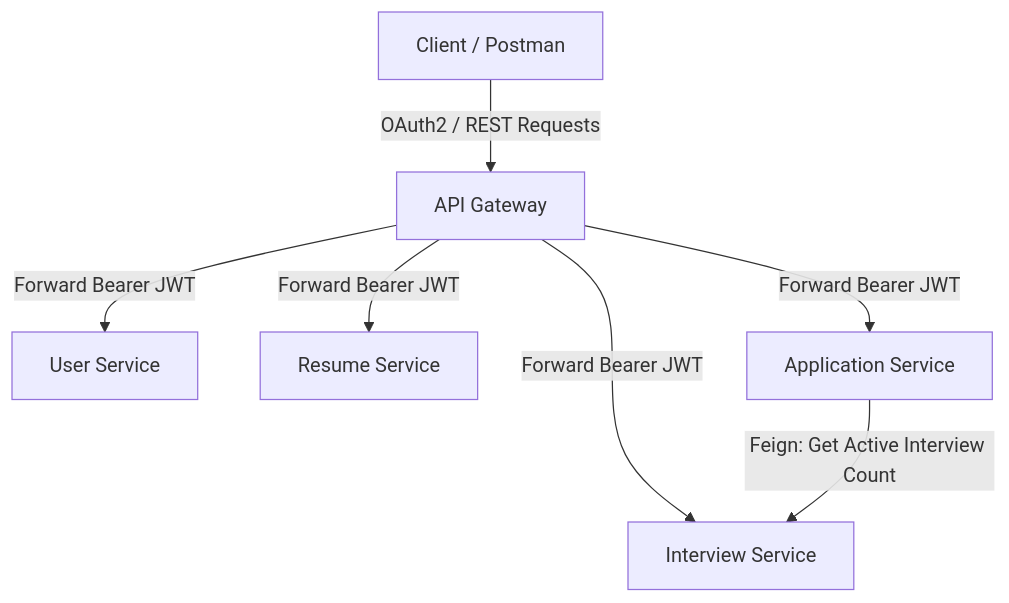
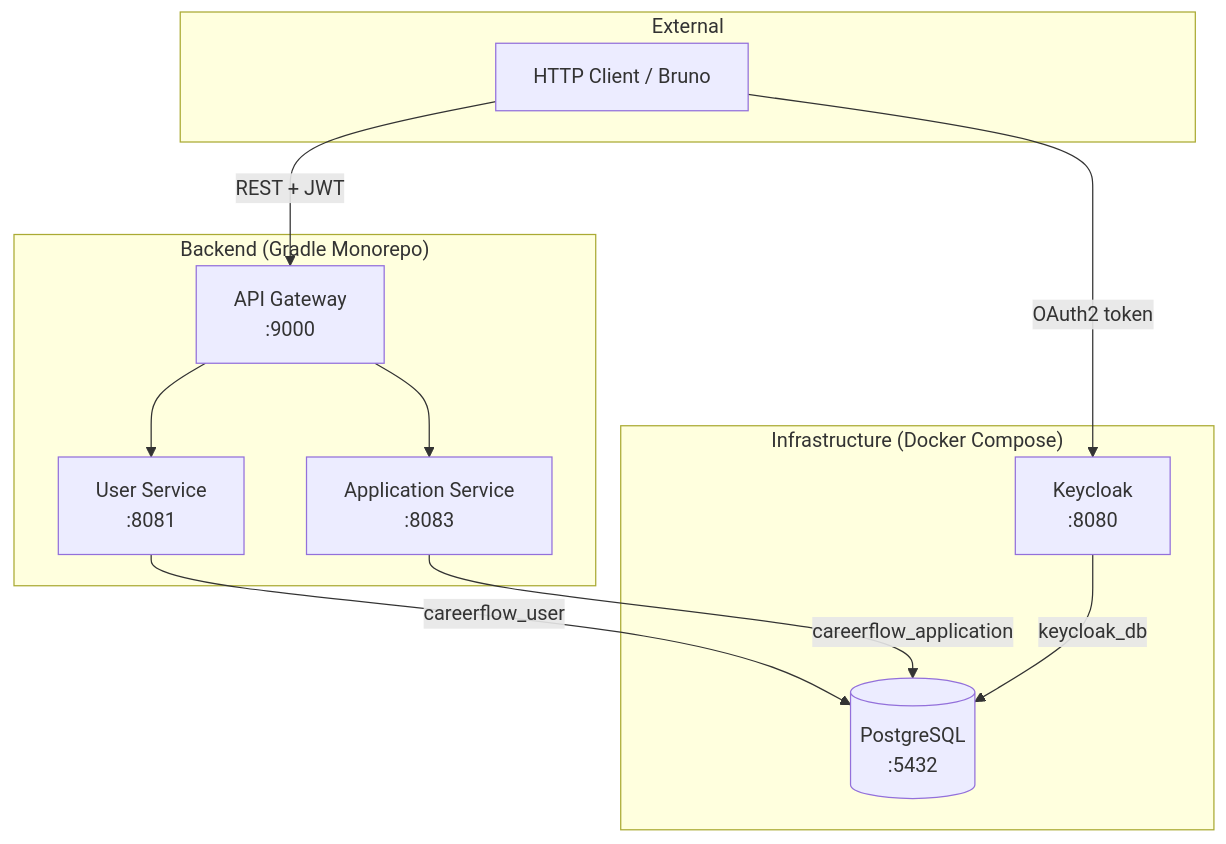
The first of 4 diagrams in docs/architecture.md (strike0702/careerflow), drawn with Mermaid before and after one commit. The commit also changed other lines of this file and 14 other files, not shown here.

````diff
--- a/docs/architecture.md
+++ b/docs/architecture.md
@@ -22,10 +16,25 @@
 ```mermaid
-graph TD
-    Client[Client / Postman] -->|OAuth2 / REST Requests| Gateway[API Gateway]
-    Gateway -->|Forward Bearer JWT| UserService[User Service]
-    Gateway -->|Forward Bearer JWT| ResumeService[Resume Service]
-    Gateway -->|Forward Bearer JWT| ApplicationService[Application Service]
-    Gateway -->|Forward Bearer JWT| InterviewService[Interview Service]
+graph TB
+    subgraph External
+        Client[HTTP Client / Bruno]
+    end
 
-    ApplicationService -->|Feign: Get Active Interview Count| InterviewService
+    subgraph Infrastructure["Infrastructure (Docker Compose)"]
+        KC[Keycloak<br/>:8080]
+        PG[(PostgreSQL<br/>:5432)]
+    end
+
+    subgraph Backend["Backend (Gradle Monorepo)"]
+        GW[API Gateway<br/>:9000]
+        US[User Service<br/>:8081]
+        AS[Application Service<br/>:8083]
+    end
+
+    Client -->|OAuth2 token| KC
+    Client -->|REST + JWT| GW
+    GW --> US
+    GW --> AS
+    US -->|careerflow_user| PG
+    AS -->|careerflow_application| PG
+    KC -->|keycloak_db| PG
 ```
````
